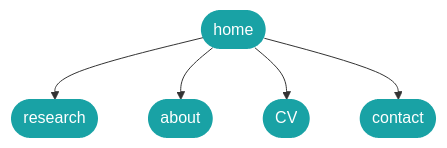
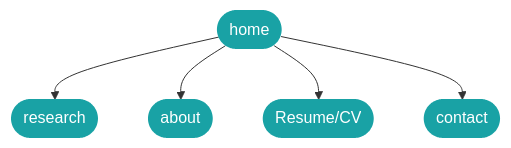
The diagram in sitemap.md (spacekaila/spacekaila.github.io), drawn with Mermaid before and after one commit. The commit also changed 7 other files, not shown here.

```diff
--- a/sitemap.md
+++ b/sitemap.md
@@ -14,15 +14,15 @@
 <div class="mermaid">
 flowchart TD;
     classDef className fill:#19A2A5,color:white,stroke-width:0px;
     id1([home])-->id2([research]);
     id1-->id3([about]);
-    id1-->id4([CV]);
+    id1-->id4([Resume/CV]);
     id1-->id5([contact]);
     class id1,id2,id3,id4,id5 className;
 
     click id1 "/";
     click id2 "/research";
     click id3 "/about";
     click id4 "/CV";
     click id5 "/contact";
 </div>
```
